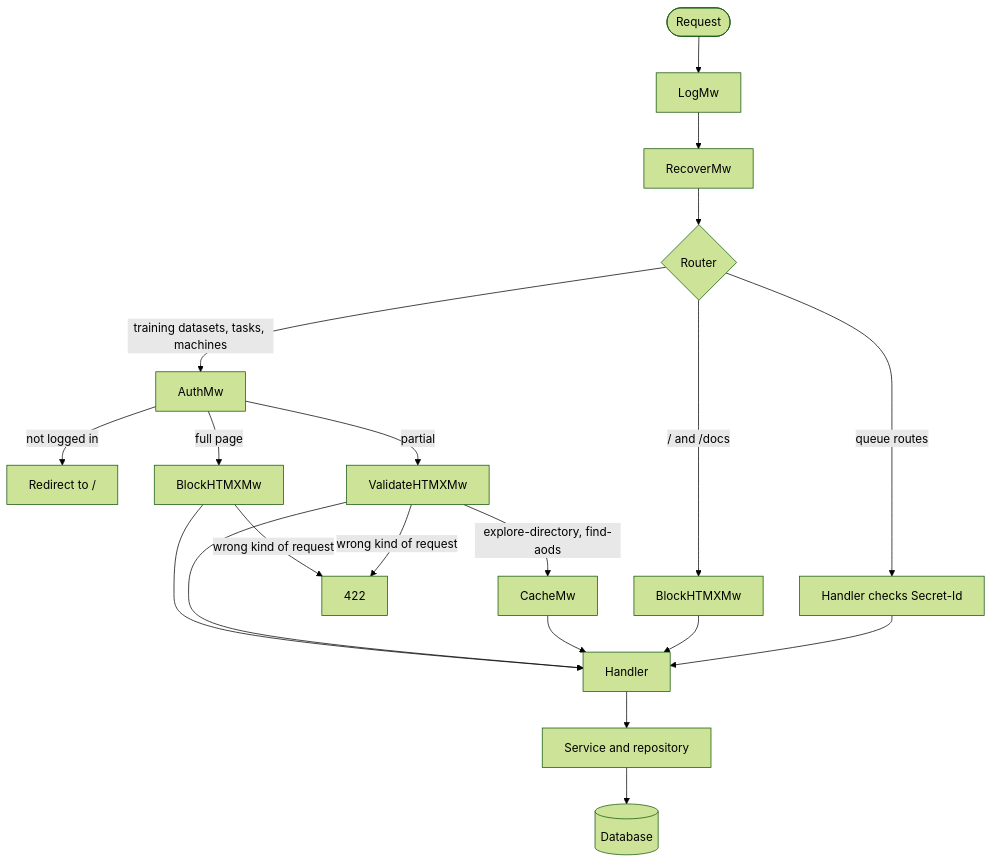
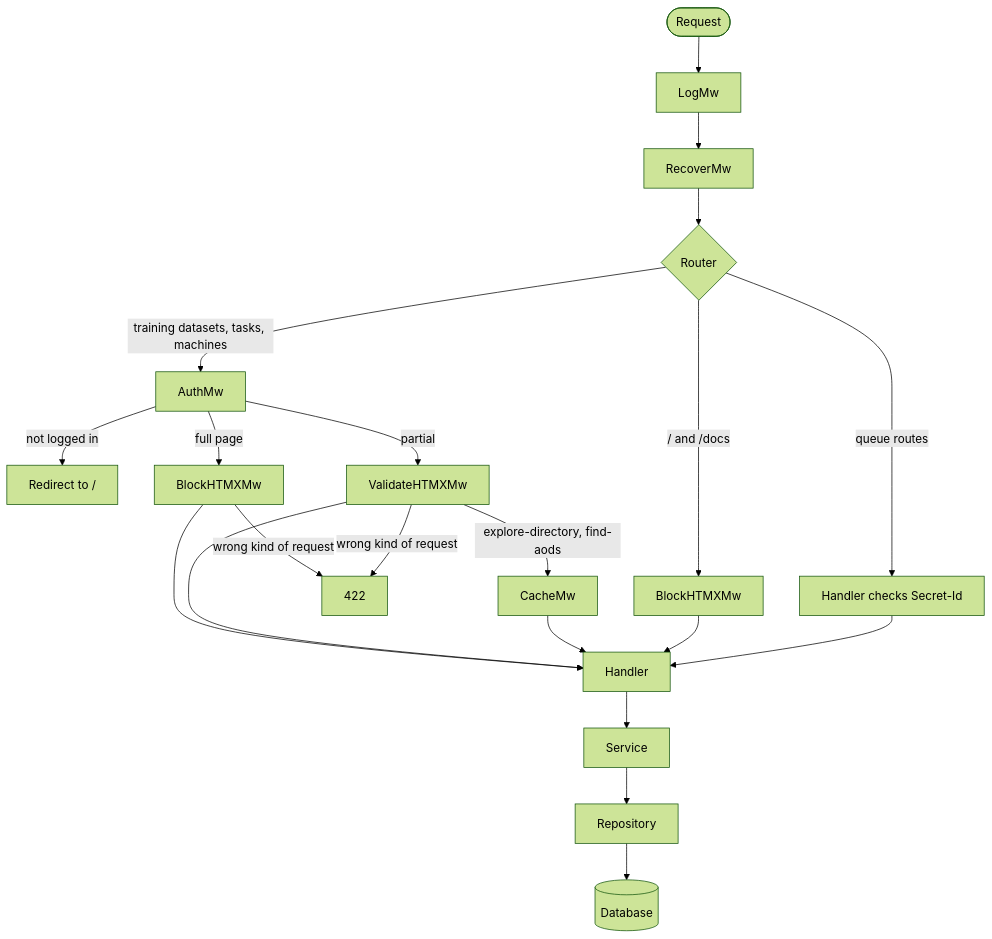
One commit to mytkom/AliceTraINT changed the second of 2 diagrams in docs/3-development/1-architecture.md. Above: the diagram before and after it, drawn with Mermaid (forest theme).

Commit message:
docs: draw service and repository as separate steps

````diff
--- a/docs/3-development/1-architecture.md
+++ b/docs/3-development/1-architecture.md
@@ -83,19 +83,19 @@
 ```mermaid
 flowchart TD
   accTitle: Request middleware
   accDescr: A request passes LogMw and RecoverMw, then the router. Pages for training datasets, tasks and machines pass AuthMw, then BlockHTMXMw for full pages or ValidateHTMXMw for partials, then CacheMw on two JAliEn routes, then the handler. Public pages only block HTMX. Queue routes check the Secret-Id header in the handler.
 
   request([Request]) --> log[LogMw] --> recover[RecoverMw] --> router{Router}
   router -->|"/ and /docs"| public[BlockHTMXMw]
   router -->|training datasets, tasks, machines| auth[AuthMw]
   router -->|queue routes| queue[Handler checks Secret-Id]
   auth -->|not logged in| redirect[Redirect to /]
   auth -->|full page| block[BlockHTMXMw]
   auth -->|partial| validate[ValidateHTMXMw]
   block & validate -->|wrong kind of request| reject[422]
   validate -->|explore-directory, find-aods| cachemw[CacheMw]
   block & validate & cachemw --> handler[Handler]
   public --> handler
   queue --> handler
-  handler --> service[Service and repository] --> db[(Database)]
+  handler --> service[Service] --> repository[Repository] --> db[(Database)]
 ```
````
